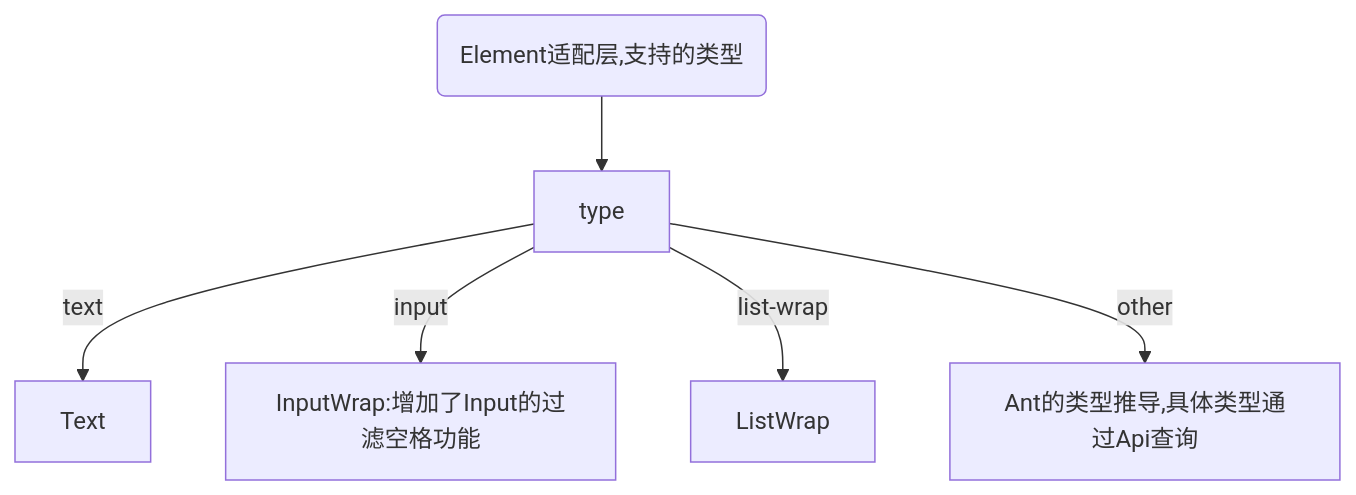
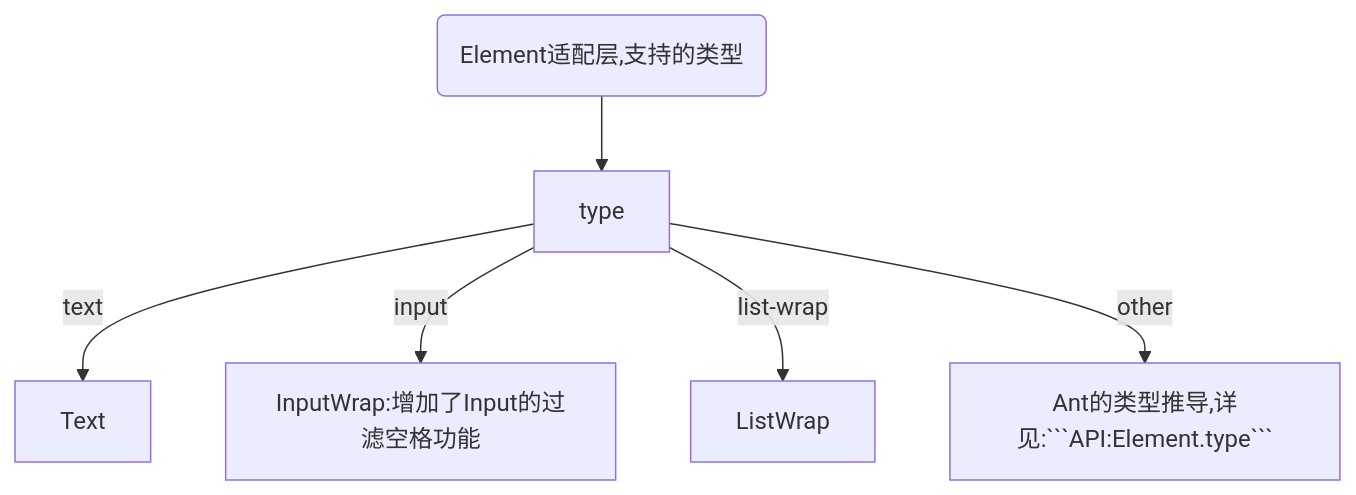
Before and after one commit to ayiaq1/schema-form: the second of 2 diagrams in README.md, drawn with Mermaid. The commit also changed other lines of this file and 10 other files, not shown here.

`````diff
--- a/README.md
+++ b/README.md
@@ -45,8 +45,8 @@
-```mermaid
+````mermaid
 graph TB
     Element(Element适配层,支持的类型) --> type[type]
     type --> |text| Text[Text]
     type --> |input| InputWrap[InputWrap:增加了Input的过滤空格功能]
     type --> |list-wrap| ListWrap[ListWrap]
-    type --> |other| Ant的类型推导,具体类型通过Api查询
-```
+    type --> |other| Ant的类型推导,详见:```API:Element.type```
+````
`````
